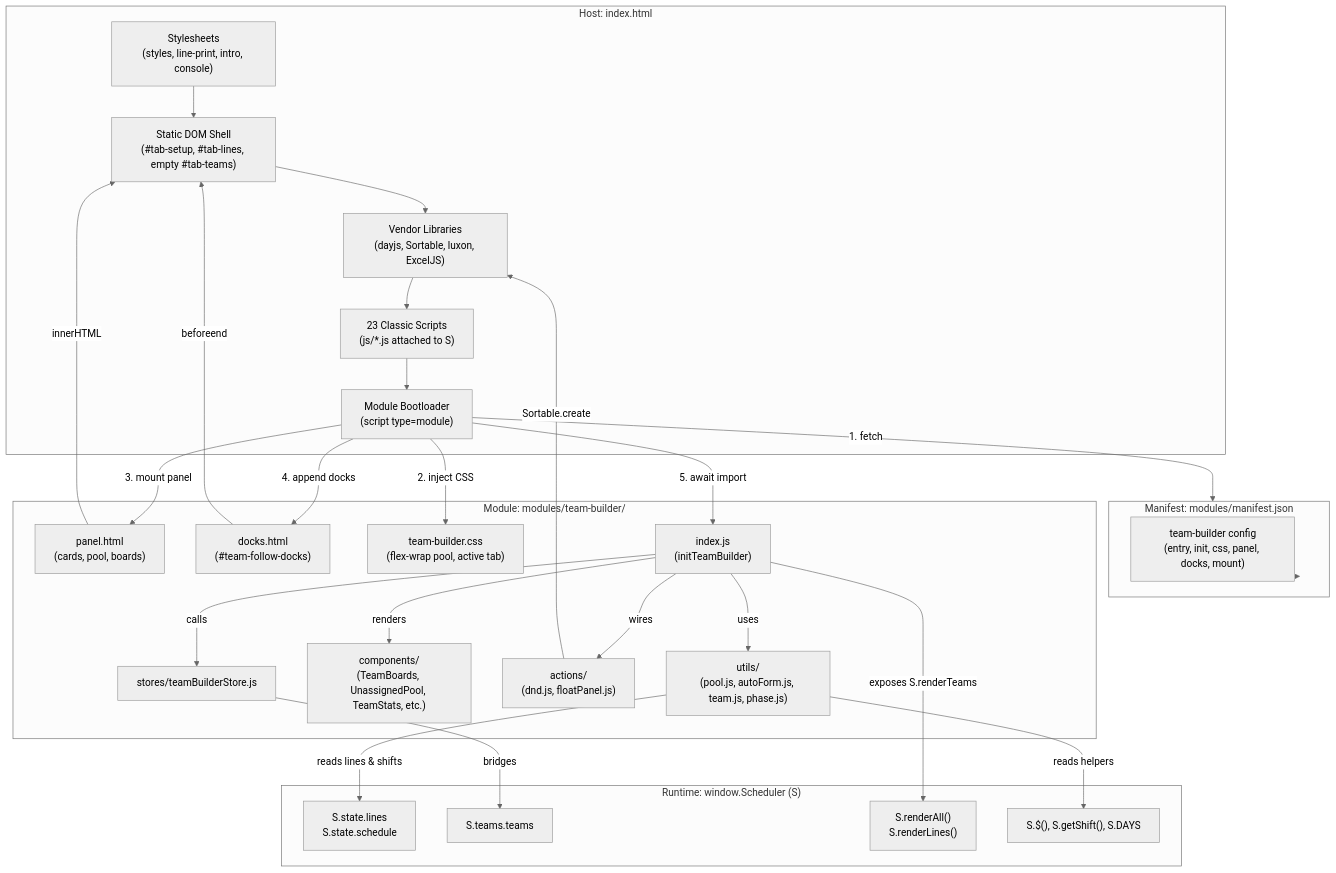
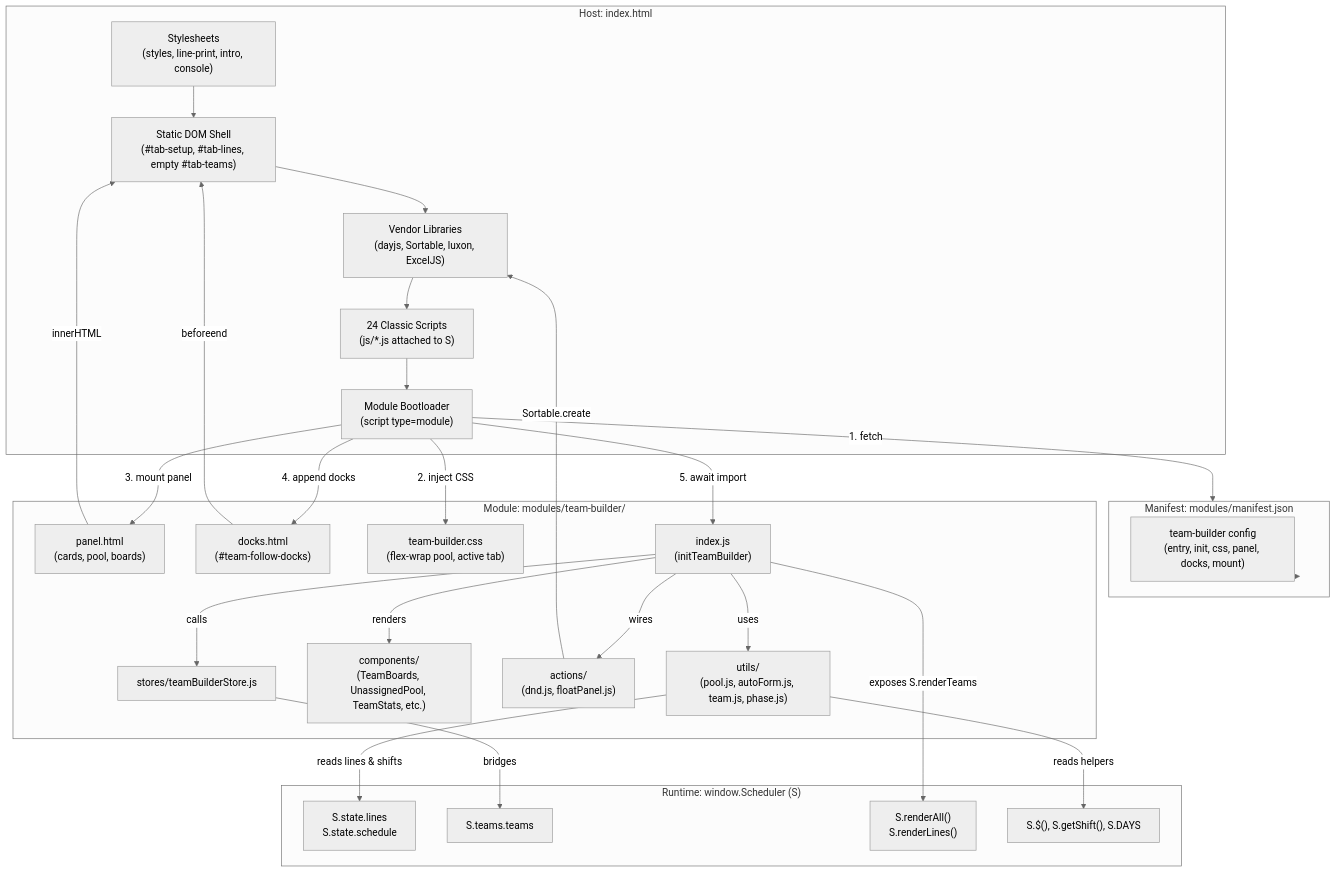
The diagram in DEPENDENCY_MAP.md (dad2lna-coder/BLADE_Alpha), drawn with Mermaid (neutral theme) before and after one commit. The commit also changed other lines of this file and 2 other files, not shown here.

Commit message:
doc: update DEPENDENCY_MAP.md boot order, runtime table, and script count

````diff
--- a/DEPENDENCY_MAP.md
+++ b/DEPENDENCY_MAP.md
@@ -65,58 +66,58 @@
 ```mermaid
 flowchart TD
     subgraph Host["Host: index.html"]
         H_CSS["Stylesheets\n(styles, line-print, intro, console)"]
         H_DOM["Static DOM Shell\n(#tab-setup, #tab-lines, empty #tab-teams)"]
         H_LIB["Vendor Libraries\n(dayjs, Sortable, luxon, ExcelJS)"]
-        H_CLASSIC["23 Classic Scripts\n(js/*.js attached to S)"]
+        H_CLASSIC["24 Classic Scripts\n(js/*.js attached to S)"]
         H_BOOT["Module Bootloader\n(script type=module)"]
     end
 
     subgraph Registry["Manifest: modules/manifest.json"]
         M_TB["team-builder config\n(entry, init, css, panel, docks, mount)"]
     end
 
     subgraph Module["Module: modules/team-builder/"]
         TB_PANEL["panel.html\n(cards, pool, boards)"]
         TB_DOCKS["docks.html\n(#team-follow-docks)"]
         TB_CSS["team-builder.css\n(flex-wrap pool, active tab)"]
         TB_INDEX["index.js\n(initTeamBuilder)"]
         TB_STORE["stores/teamBuilderStore.js"]
         TB_COMPONENTS["components/\n(TeamBoards, UnassignedPool, TeamStats, etc.)"]
         TB_ACTIONS["actions/\n(dnd.js, floatPanel.js)"]
         TB_UTILS["utils/\n(pool.js, autoForm.js, team.js, phase.js)"]
     end
 
     subgraph Runtime["Runtime: window.Scheduler (S)"]
         S_STATE["S.state.lines\nS.state.schedule"]
         S_TEAMS["S.teams.teams"]
         S_RENDER["S.renderAll()\nS.renderLines()"]
         S_HELPERS["S.$(), S.getShift(), S.DAYS"]
     end
 
     H_CSS --> H_DOM
     H_DOM --> H_LIB
     H_LIB --> H_CLASSIC
     H_CLASSIC --> H_BOOT
 
     H_BOOT -->|1. fetch| Registry
     Registry --> M_TB
 
     H_BOOT -->|2. inject CSS| TB_CSS
     H_BOOT -->|3. mount panel| TB_PANEL
     TB_PANEL -->|innerHTML| H_DOM
     H_BOOT -->|4. append docks| TB_DOCKS
     TB_DOCKS -->|beforeend| H_DOM
 
     H_BOOT -->|5. await import| TB_INDEX
     TB_INDEX -->|calls| TB_STORE
     TB_INDEX -->|renders| TB_COMPONENTS
     TB_INDEX -->|wires| TB_ACTIONS
     TB_INDEX -->|uses| TB_UTILS
 
     TB_STORE -->|bridges| S_TEAMS
     TB_INDEX -->|exposes S.renderTeams| S_RENDER
     TB_ACTIONS -->|Sortable.create| H_LIB
     TB_UTILS -->|reads lines & shifts| S_STATE
     TB_UTILS -->|reads helpers| S_HELPERS
 ```
````
